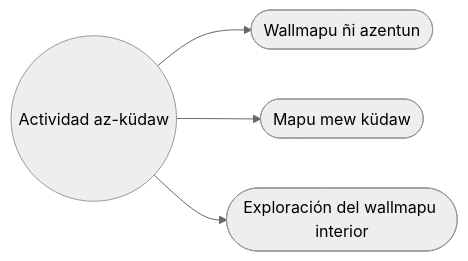
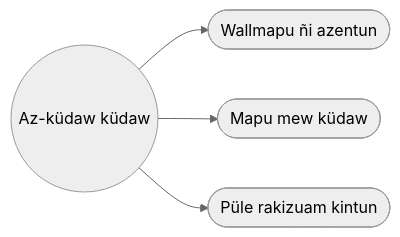
Before and after one commit to EGGS-Artesvisuales/EGGS-Artesvisuales.github.io: the diagram in MPD/index.md, drawn with Mermaid (neutral theme). The commit also changed other lines of this file and 11 other files, not shown here.

```diff
--- a/MPD/index.md
+++ b/MPD/index.md
@@ -36,15 +36,15 @@
 <div class="mermaid">
 flowchart LR
-  principal(("Actividad az-küdaw"))
+  principal(("Az-küdaw küdaw"))
   representacion(["Wallmapu ñi azentun"])
   accion(["Mapu mew küdaw"])
-  interior(["Exploración del wallmapu interior"])
+  interior(["Püle rakizuam kintun"])
 
   principal --> representacion
   principal --> accion
   principal --> interior
 
   click representacion "/MPD/mundo-exterior.html" "Amun: Wallmapu ñi azentun"
   click accion "/MPD/accion.html" "Amun: Mapu mew küdaw"
   click interior "/MPD/interior.html" "Amun: Püle rakizuam"
 </div>
```
